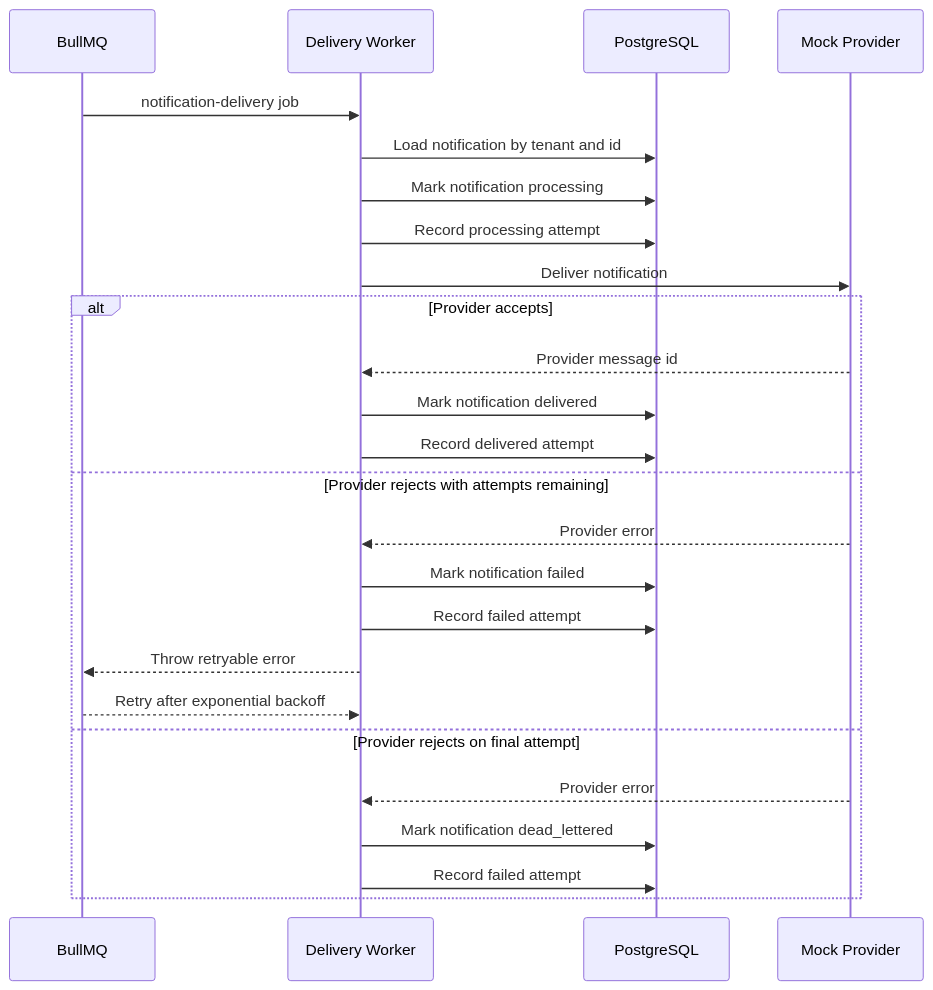
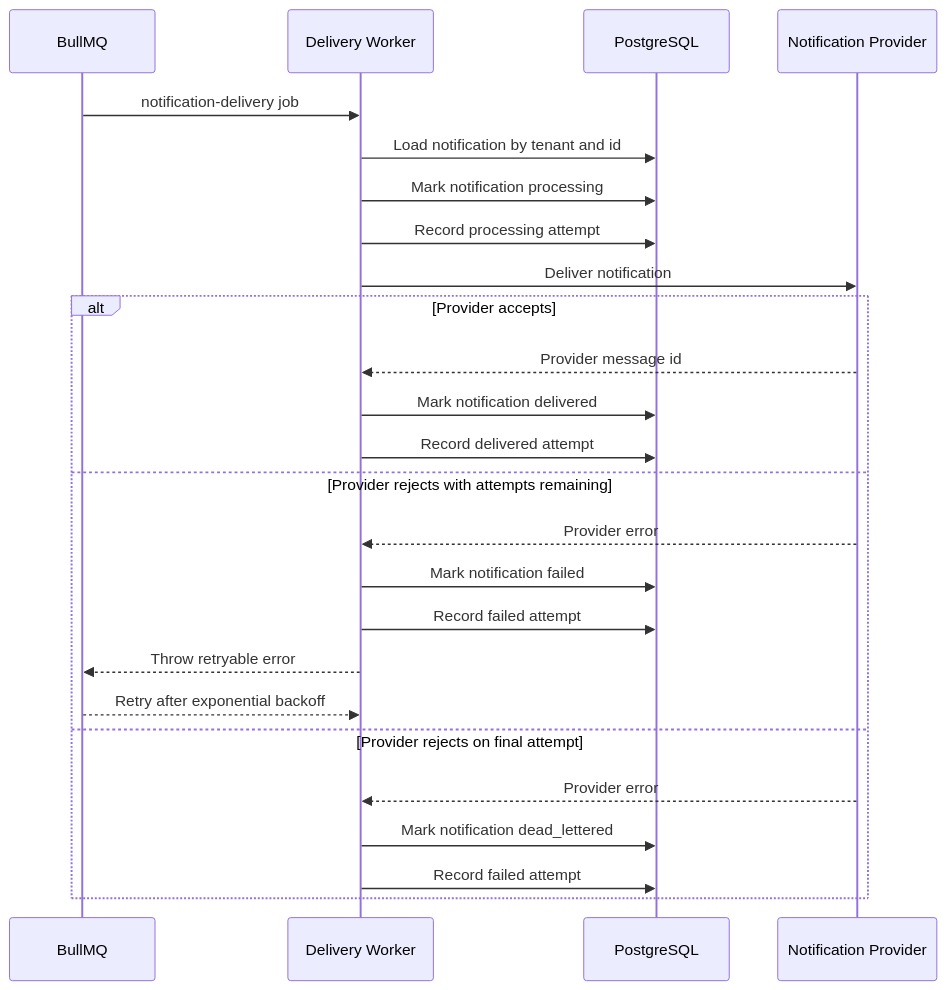
The fifth of 5 diagrams in docs/architecture.md (vishweswaran-p/notifyhub), drawn with Mermaid before and after one commit. The commit also changed other lines of this file and 4 other files, not shown here.

````diff
--- a/docs/architecture.md
+++ b/docs/architecture.md
@@ -159,28 +160,28 @@
 ```mermaid
 sequenceDiagram
   participant Queue as BullMQ
   participant Worker as Delivery Worker
   participant DB as PostgreSQL
-  participant Provider as Mock Provider
+  participant Provider as Notification Provider
 
   Queue->>Worker: notification-delivery job
   Worker->>DB: Load notification by tenant and id
   Worker->>DB: Mark notification processing
   Worker->>DB: Record processing attempt
   Worker->>Provider: Deliver notification
   alt Provider accepts
     Provider-->>Worker: Provider message id
     Worker->>DB: Mark notification delivered
     Worker->>DB: Record delivered attempt
   else Provider rejects with attempts remaining
     Provider-->>Worker: Provider error
     Worker->>DB: Mark notification failed
     Worker->>DB: Record failed attempt
     Worker-->>Queue: Throw retryable error
     Queue-->>Worker: Retry after exponential backoff
   else Provider rejects on final attempt
     Provider-->>Worker: Provider error
     Worker->>DB: Mark notification dead_lettered
     Worker->>DB: Record failed attempt
   end
 ```
````
